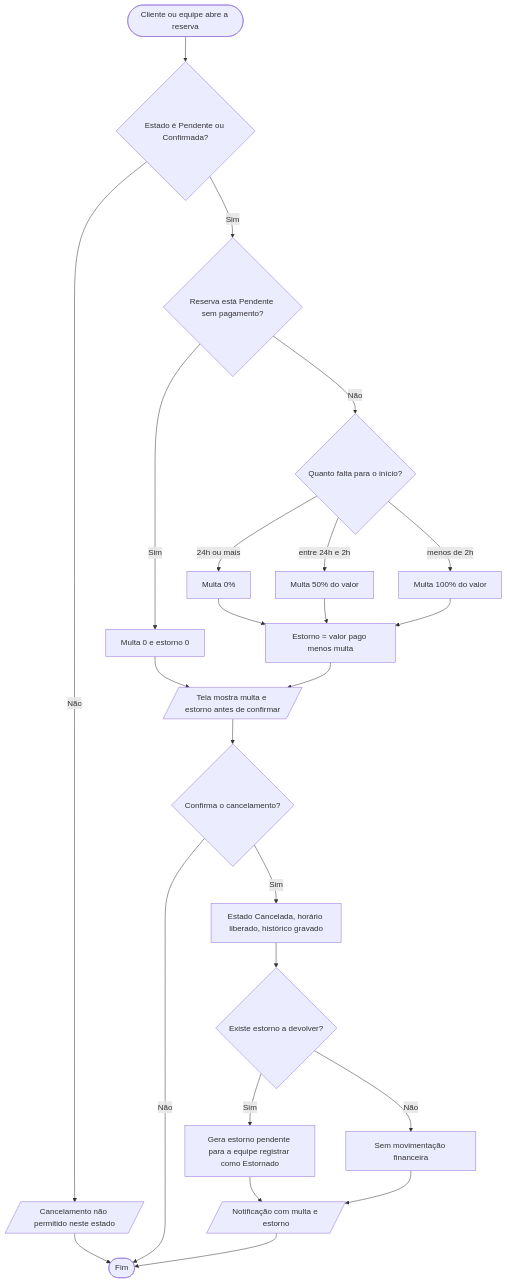
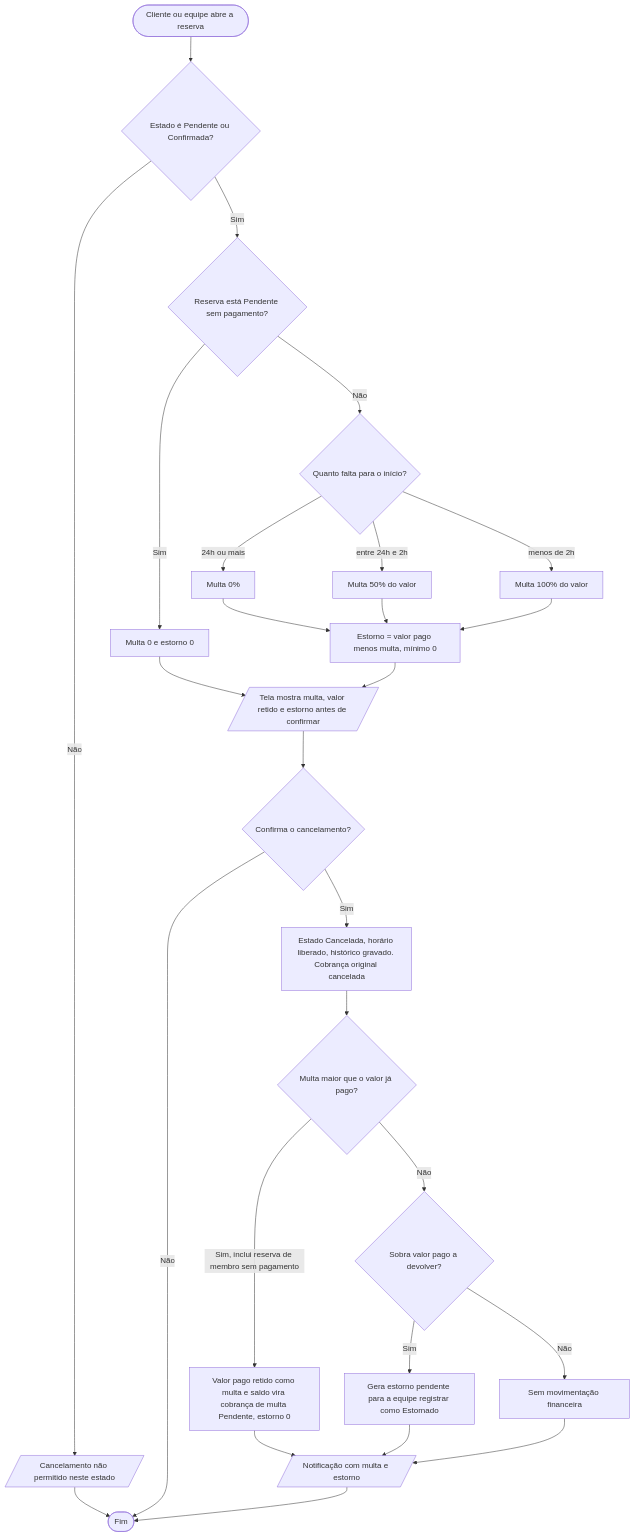
The sixth of 14 diagrams in docs/specs/001-fluxos-reservas-hubbi/fluxos.md (HubbiCoworking/Hubbi), drawn with Mermaid before and after one commit. The commit also changed other lines of this file and 132 other files, not shown here.

````diff
--- a/docs/specs/001-fluxos-reservas-hubbi/fluxos.md
+++ b/docs/specs/001-fluxos-reservas-hubbi/fluxos.md
@@ -130,25 +137,28 @@
 ```mermaid
 flowchart TD
     A([Cliente ou equipe abre a reserva]) --> B{Estado é Pendente ou Confirmada?}
     B -- Não --> X[/Cancelamento não permitido neste estado/] --> Z([Fim])
     B -- Sim --> C{Reserva está Pendente sem pagamento?}
     C -- Sim --> D[Multa 0 e estorno 0]
     C -- Não --> E{Quanto falta para o início?}
     E -- "24h ou mais" --> F[Multa 0%]
     E -- "entre 24h e 2h" --> G[Multa 50% do valor]
     E -- "menos de 2h" --> H[Multa 100% do valor]
-    F --> I[Estorno = valor pago menos multa]
+    F --> I[Estorno = valor pago menos multa, mínimo 0]
     G --> I
     H --> I
-    D --> J[/Tela mostra multa e estorno antes de confirmar/]
+    D --> J[/Tela mostra multa, valor retido e estorno antes de confirmar/]
     I --> J
     J --> K{Confirma o cancelamento?}
     K -- Não --> Z
-    K -- Sim --> L[Estado Cancelada, horário liberado, histórico gravado]
-    L --> M{Existe estorno a devolver?}
-    M -- Sim --> N[Gera estorno pendente para a equipe registrar como Estornado]
-    M -- Não --> O[Sem movimentação financeira]
-    N --> P[/Notificação com multa e estorno/]
+    K -- Sim --> L[Estado Cancelada, horário liberado, histórico gravado. Cobrança original cancelada]
+    L --> M{Multa maior que o valor já pago?}
+    M -- Sim, inclui reserva de membro sem pagamento --> M1[Valor pago retido como multa e saldo vira cobrança de multa Pendente, estorno 0]
+    M -- Não --> M2{Sobra valor pago a devolver?}
+    M2 -- Sim --> N[Gera estorno pendente para a equipe registrar como Estornado]
+    M2 -- Não --> O[Sem movimentação financeira]
+    M1 --> P[/Notificação com multa e estorno/]
+    N --> P
     O --> P
     P --> Z
 ```
````
